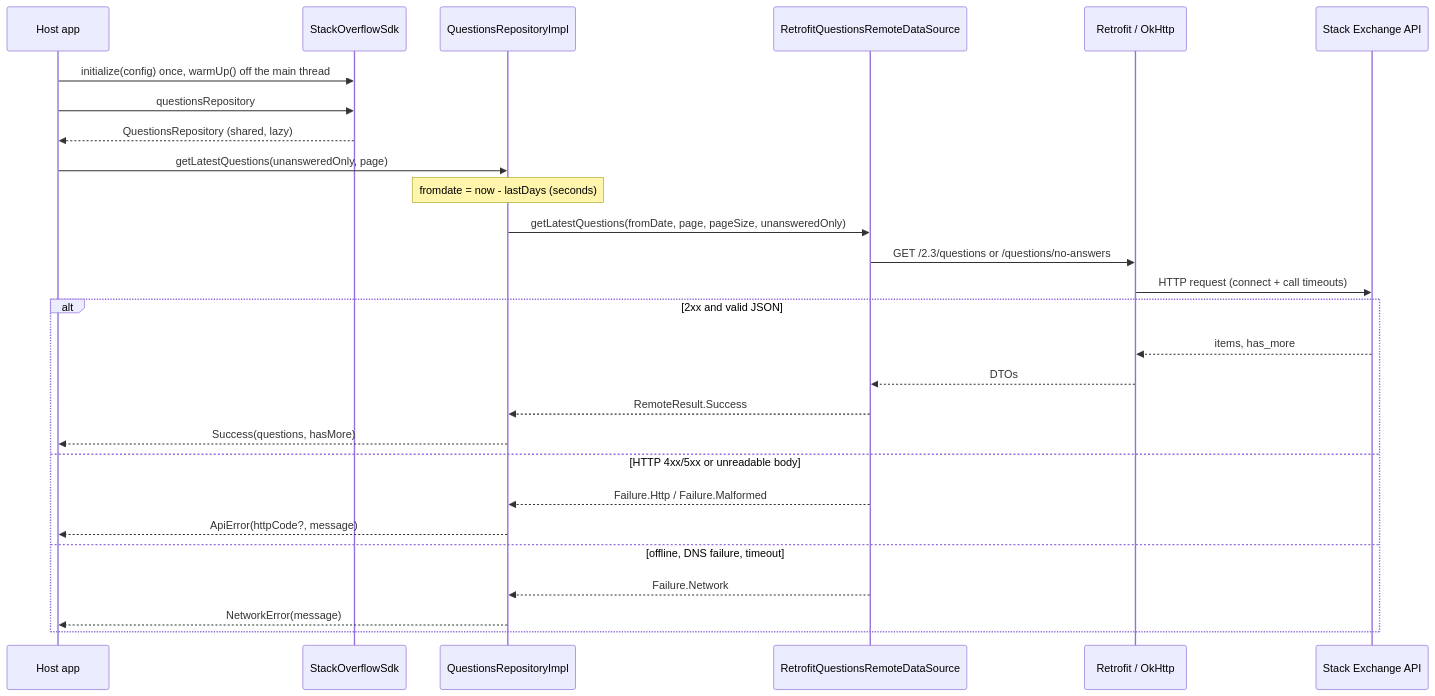
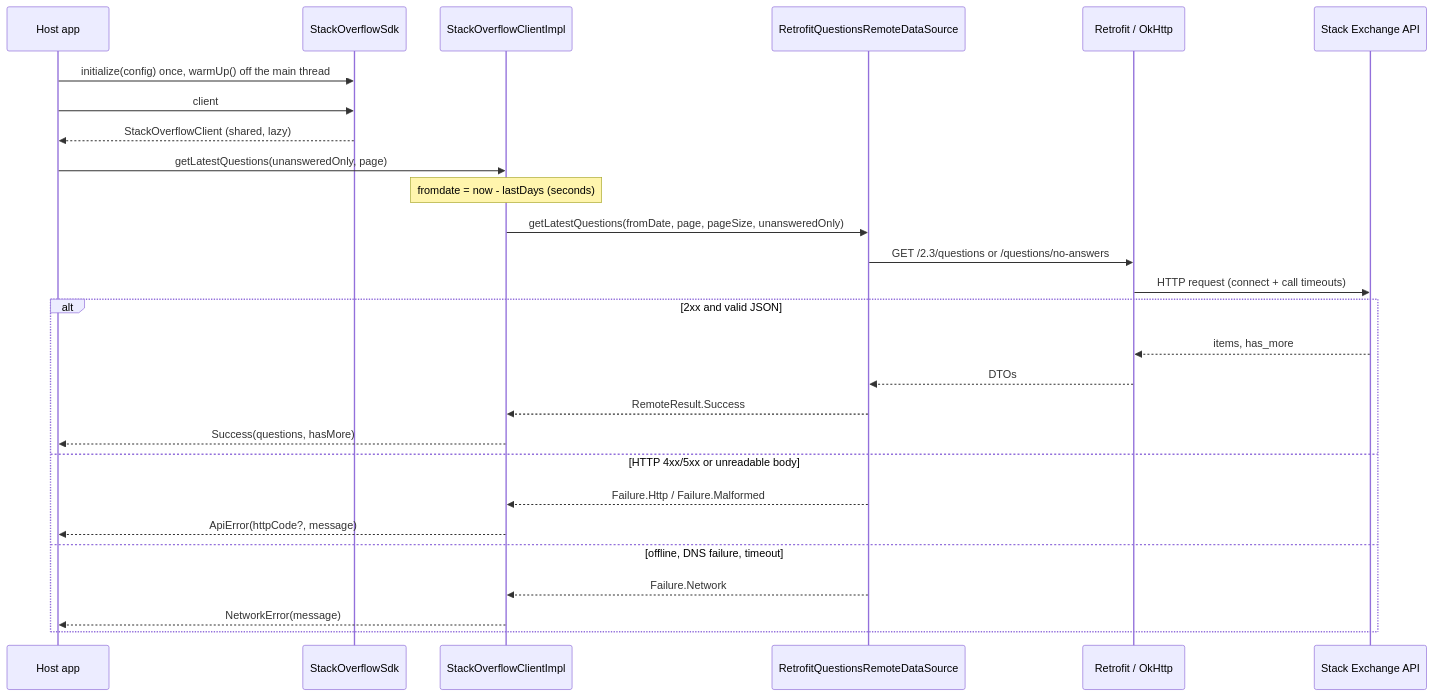
The second of 3 diagrams in README.md (alexfin90/StackOverFlowAssignment), drawn with Mermaid before and after one commit. The commit also changed other lines of this file and 13 other files, not shown here.

First line of the commit message:
refactor(sdk)!: rename QuestionsRepository to StackOverflowClient

````diff
--- a/README.md
+++ b/README.md
@@ -99,30 +99,30 @@
 ```mermaid
 sequenceDiagram
     participant App as Host app
     participant Sdk as StackOverflowSdk
-    participant Repo as QuestionsRepositoryImpl
+    participant Repo as StackOverflowClientImpl
     participant Remote as RetrofitQuestionsRemoteDataSource
     participant Http as Retrofit / OkHttp
     participant So as Stack Exchange API
 
     App->>Sdk: initialize(config) once, warmUp() off the main thread
-    App->>Sdk: questionsRepository
-    Sdk-->>App: QuestionsRepository (shared, lazy)
+    App->>Sdk: client
+    Sdk-->>App: StackOverflowClient (shared, lazy)
     App->>Repo: getLatestQuestions(unansweredOnly, page)
     Note over Repo: fromdate = now - lastDays (seconds)
     Repo->>Remote: getLatestQuestions(fromDate, page, pageSize, unansweredOnly)
     Remote->>Http: GET /2.3/questions or /questions/no-answers
     Http->>So: HTTP request (connect + call timeouts)
     alt 2xx and valid JSON
         So-->>Http: items, has_more
         Http-->>Remote: DTOs
         Remote-->>Repo: RemoteResult.Success
         Repo-->>App: Success(questions, hasMore)
     else HTTP 4xx/5xx or unreadable body
         Remote-->>Repo: Failure.Http / Failure.Malformed
         Repo-->>App: ApiError(httpCode?, message)
     else offline, DNS failure, timeout
         Remote-->>Repo: Failure.Network
         Repo-->>App: NetworkError(message)
     end
 ```
````
